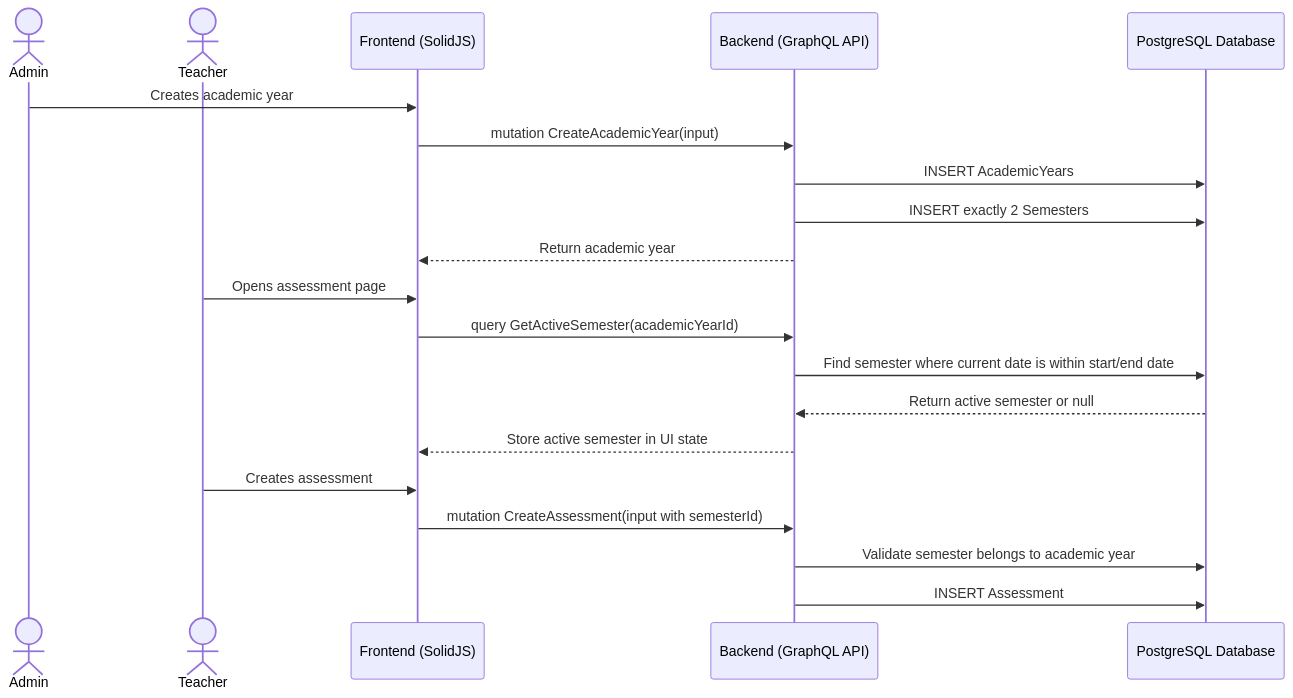
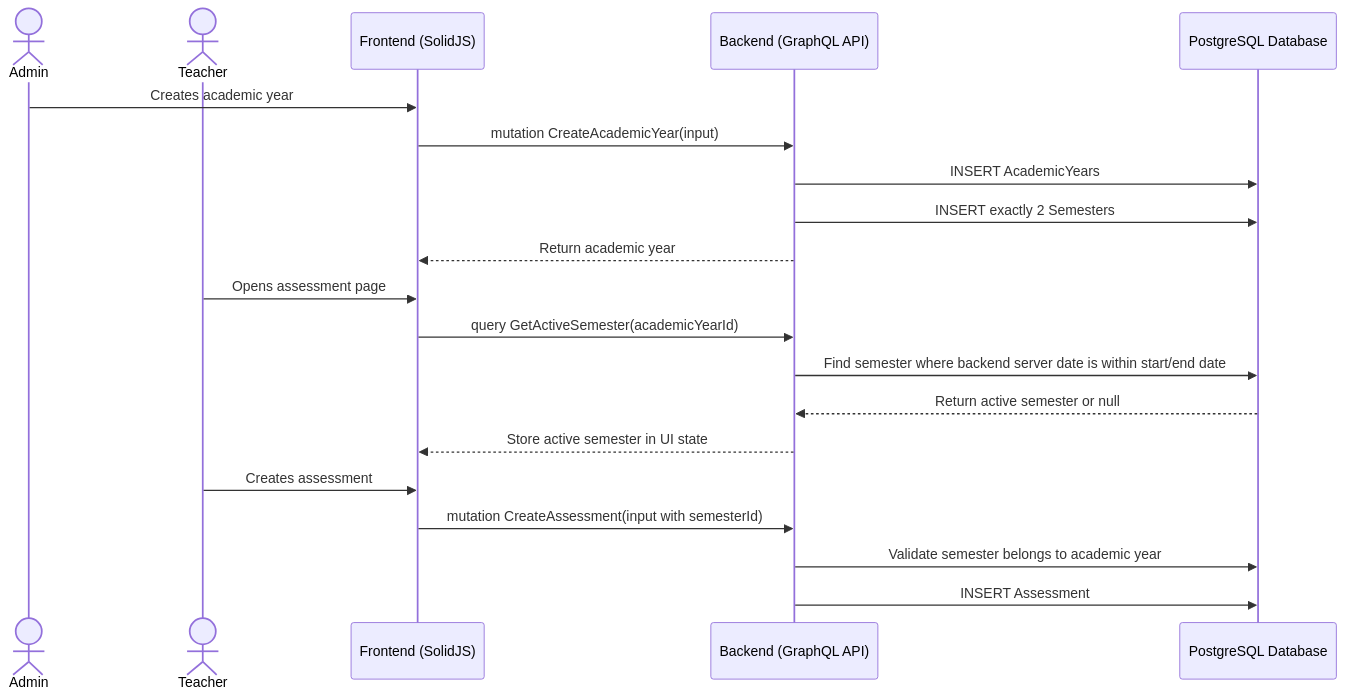
Before and after one commit to iftikharfadjar/docs-kindergarten-mgt: the diagram in docs/workflow/active-semester-management.md, drawn with Mermaid. The commit also changed other lines of this file and 34 other files, not shown here.

````diff
--- a/docs/workflow/active-semester-management.md
+++ b/docs/workflow/active-semester-management.md
@@ -32,25 +32,25 @@
 ```mermaid
 sequenceDiagram
     actor Admin
     actor Teacher
     participant Frontend as Frontend (SolidJS)
     participant API as Backend (GraphQL API)
     participant DB as PostgreSQL Database
 
     Admin->>Frontend: Creates academic year
     Frontend->>API: mutation CreateAcademicYear(input)
     API->>DB: INSERT AcademicYears
     API->>DB: INSERT exactly 2 Semesters
     API-->>Frontend: Return academic year
 
     Teacher->>Frontend: Opens assessment page
     Frontend->>API: query GetActiveSemester(academicYearId)
-    API->>DB: Find semester where current date is within start/end date
+    API->>DB: Find semester where backend server date is within start/end date
     DB-->>API: Return active semester or null
     API-->>Frontend: Store active semester in UI state
 
     Teacher->>Frontend: Creates assessment
     Frontend->>API: mutation CreateAssessment(input with semesterId)
     API->>DB: Validate semester belongs to academic year
     API->>DB: INSERT Assessment
 ```
````
